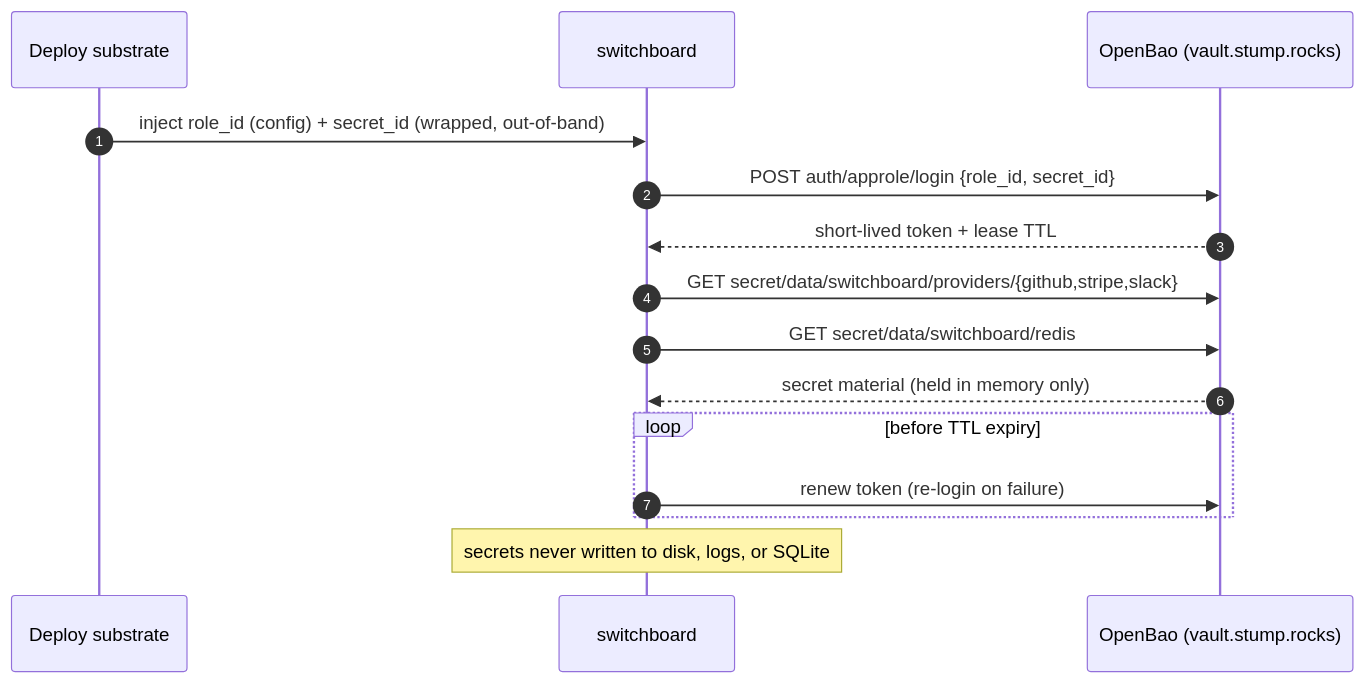
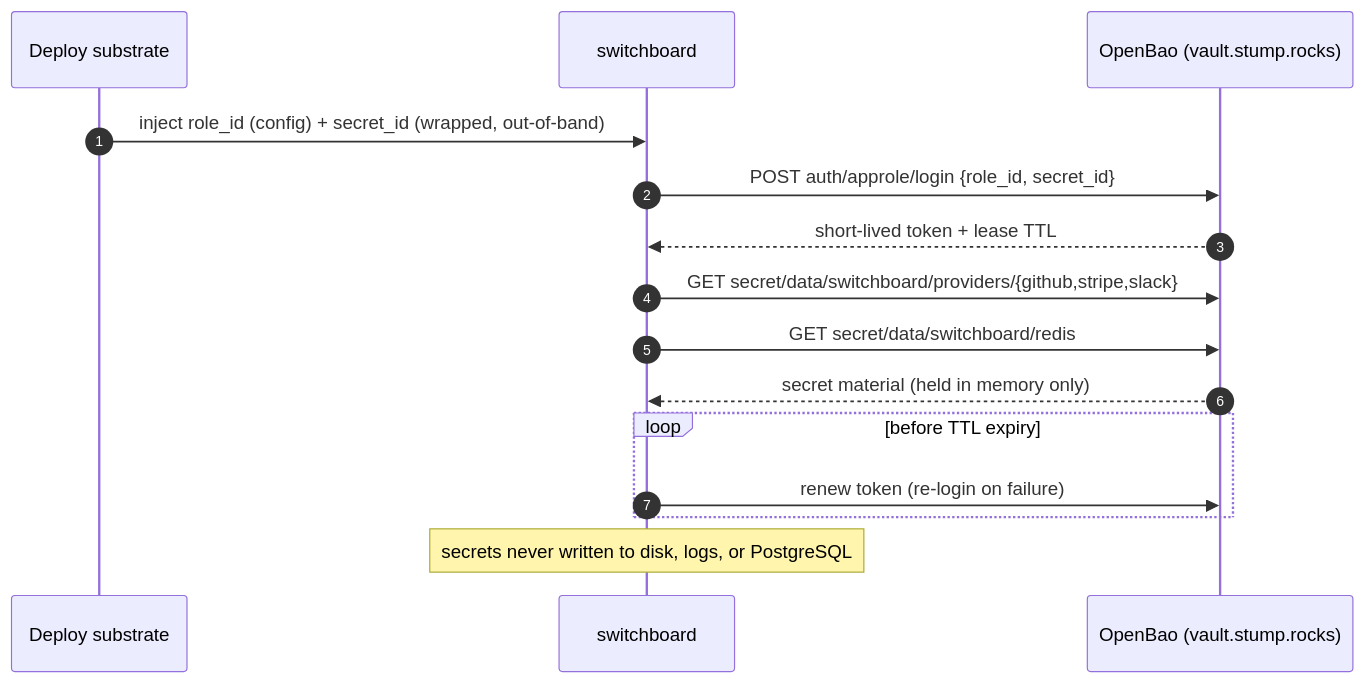
Before and after one commit to stump-wtf/switchboard: the diagram in docs/adr/ADR-004-secrets-management-openbao-approle.md, drawn with Mermaid. The commit also changed other lines of this file and 14 other files, not shown here.

First line of the commit message:
docs: convert all SQLite references to PostgreSQL; drop legacy webhook-mcp/MVP framing

````diff
--- a/docs/adr/ADR-004-secrets-management-openbao-approle.md
+++ b/docs/adr/ADR-004-secrets-management-openbao-approle.md
@@ -111,17 +112,17 @@
 ```mermaid
 sequenceDiagram
     autonumber
     participant Boot as Deploy substrate
     participant App as switchboard
     participant Bao as OpenBao (vault.stump.rocks)
     Boot->>App: inject role_id (config) + secret_id (wrapped, out-of-band)
     App->>Bao: POST auth/approle/login {role_id, secret_id}
     Bao-->>App: short-lived token + lease TTL
     App->>Bao: GET secret/data/switchboard/providers/{github,stripe,slack}
     App->>Bao: GET secret/data/switchboard/redis
     Bao-->>App: secret material (held in memory only)
     loop before TTL expiry
         App->>Bao: renew token (re-login on failure)
     end
-    Note over App: secrets never written to disk, logs, or SQLite
+    Note over App: secrets never written to disk, logs, or PostgreSQL
 ```
````
